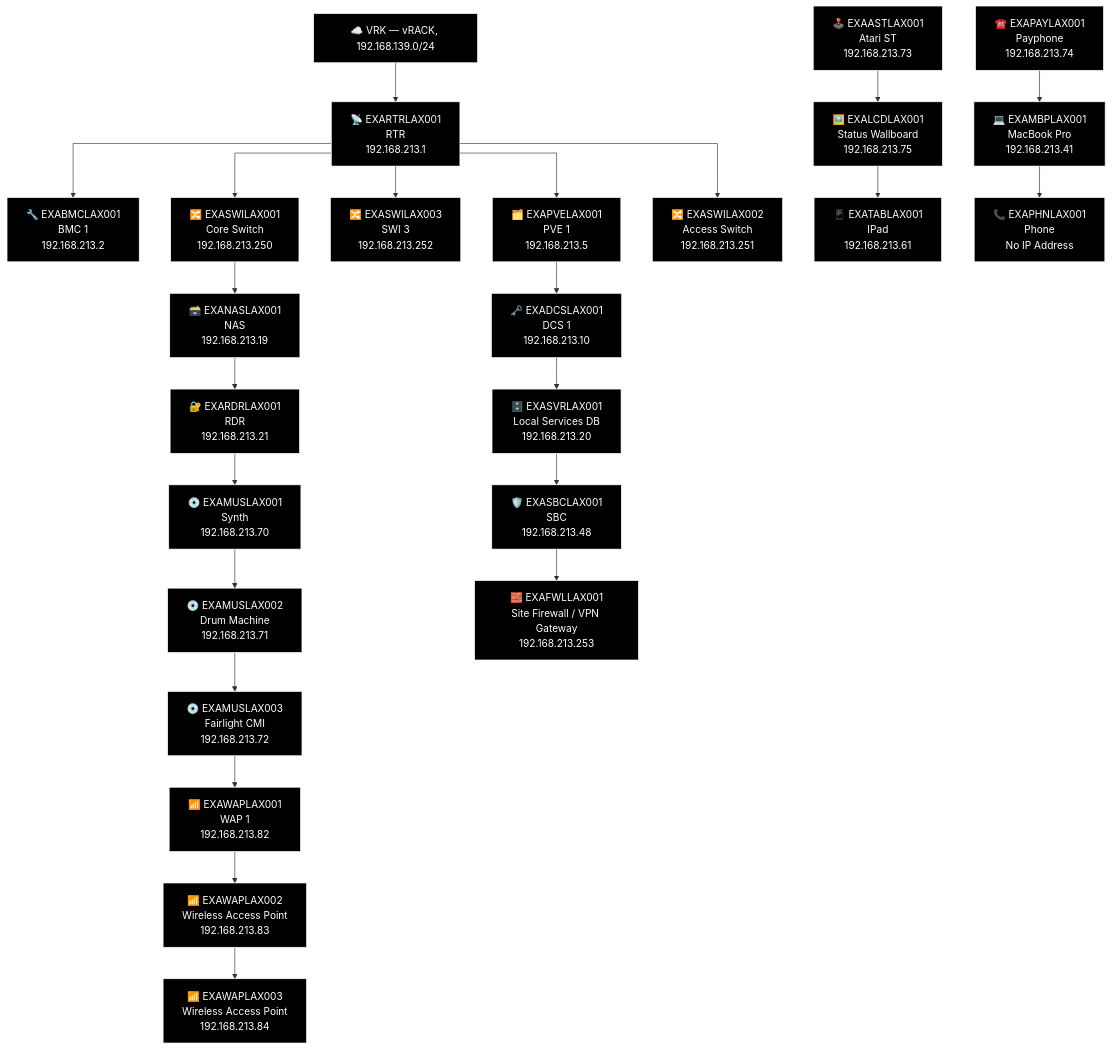
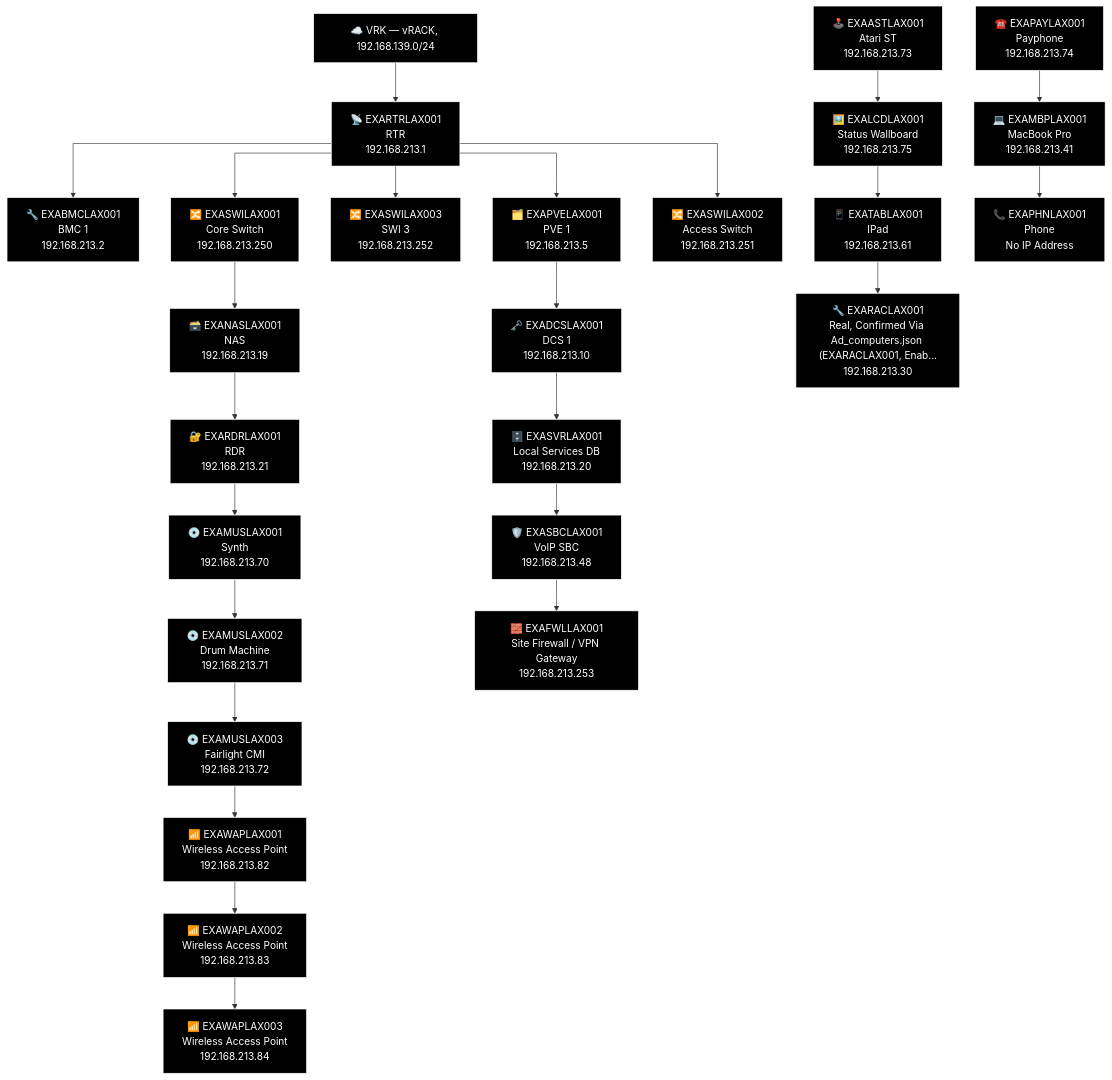
Before and after one commit to knightmare2600/example_music_infra: the third of 21 diagrams in docs/network-diagram/united-states.md, drawn with Mermaid. The commit also changed 36 other files, not shown here.

First line of the commit message:
devices.csv: add real WAP/SBC/RAC/NAS/ILO/FWL rows for the missing-row backlog

````diff
--- a/docs/network-diagram/united-states.md
+++ b/docs/network-diagram/united-states.md
@@ -128,66 +128,68 @@
 ```mermaid
 %% GENERATED:TOPOLOGY:LAX:START
 %%{init: {'flowchart': {'curve': 'stepAfter'}}}%%
 graph TD
     T_VRK["☁️ VRK — vRACK, 192.168.139.0/24"]
     T_RTR["📡 EXARTRLAX001<br/>RTR<br/>192.168.213.1"]
     T_VRK --> T_RTR
     T_BMC["🔧 EXABMCLAX001<br/>BMC 1<br/>192.168.213.2"]
     T_RTR --> T_BMC
     T_PVE["🗂️ EXAPVELAX001<br/>PVE 1<br/>192.168.213.5"]
     T_RTR --> T_PVE
     T_SWI["🔀 EXASWILAX003<br/>SWI 3<br/>192.168.213.252"]
     T_RTR --> T_SWI
     T_SWI2["🔀 EXASWILAX001<br/>Core Switch<br/>192.168.213.250"]
     T_RTR --> T_SWI2
     T_SWI3["🔀 EXASWILAX002<br/>Access Switch<br/>192.168.213.251"]
     T_RTR --> T_SWI3
     T_NAS["🗃️ EXANASLAX001<br/>NAS<br/>192.168.213.19"]
     T_RDR["🔐 EXARDRLAX001<br/>RDR<br/>192.168.213.21"]
     T_MUS["💿 EXAMUSLAX001<br/>Synth<br/>192.168.213.70"]
     T_MUS2["💿 EXAMUSLAX002<br/>Drum Machine<br/>192.168.213.71"]
     T_MUS3["💿 EXAMUSLAX003<br/>Fairlight CMI<br/>192.168.213.72"]
-    T_WAP["📶 EXAWAPLAX001<br/>WAP 1<br/>192.168.213.82"]
+    T_WAP["📶 EXAWAPLAX001<br/>Wireless Access Point<br/>192.168.213.82"]
     T_WAP2["📶 EXAWAPLAX002<br/>Wireless Access Point<br/>192.168.213.83"]
     T_WAP3["📶 EXAWAPLAX003<br/>Wireless Access Point<br/>192.168.213.84"]
     T_SWI2 --> T_NAS --> T_RDR --> T_MUS --> T_MUS2 --> T_MUS3 --> T_WAP --> T_WAP2 --> T_WAP3
     T_DCS["🗝️ EXADCSLAX001<br/>DCS 1<br/>192.168.213.10"]
     T_SVR["🗄️ EXASVRLAX001<br/>Local Services DB<br/>192.168.213.20"]
-    T_SBC["🛡️ EXASBCLAX001<br/>SBC<br/>192.168.213.48"]
+    T_SBC["🛡️ EXASBCLAX001<br/>VoIP SBC<br/>192.168.213.48"]
     T_FWL["🧱 EXAFWLLAX001<br/>Site Firewall / VPN Gateway<br/>192.168.213.253"]
     T_PVE --> T_DCS --> T_SVR --> T_SBC --> T_FWL
     T_AST["🕹️ EXAASTLAX001<br/>Atari ST<br/>192.168.213.73"]
     T_PAY["☎️ EXAPAYLAX001<br/>Payphone<br/>192.168.213.74"]
     T_LCD["🖼️ EXALCDLAX001<br/>Status Wallboard<br/>192.168.213.75"]
     T_MBP["💻 EXAMBPLAX001<br/>MacBook Pro<br/>192.168.213.41"]
     T_TAB["📱 EXATABLAX001<br/>IPad<br/>192.168.213.61"]
     T_PHN["📞 EXAPHNLAX001<br/>Phone<br/>No IP Address"]
-    T_AST --> T_LCD --> T_TAB
+    T_RAC["🔧 EXARACLAX001<br/>Real, Confirmed Via Ad_computers.json (EXARACLAX001, Enab...<br/>192.168.213.30"]
+    T_AST --> T_LCD --> T_TAB --> T_RAC
     T_PAY --> T_MBP --> T_PHN
     style T_VRK fill:#000000,stroke:#FFFFFF,color:#FFFFFF
     style T_RTR fill:#000000,stroke:#FFFFFF,color:#FFFFFF
     style T_BMC fill:#000000,stroke:#FFFFFF,color:#FFFFFF
     style T_PVE fill:#000000,stroke:#FFFFFF,color:#FFFFFF
     style T_SWI fill:#000000,stroke:#FFFFFF,color:#FFFFFF
     style T_SWI2 fill:#000000,stroke:#FFFFFF,color:#FFFFFF
     style T_SWI3 fill:#000000,stroke:#FFFFFF,color:#FFFFFF
     style T_NAS fill:#000000,stroke:#FFFFFF,color:#FFFFFF
     style T_RDR fill:#000000,stroke:#FFFFFF,color:#FFFFFF
     style T_MUS fill:#000000,stroke:#FFFFFF,color:#FFFFFF
     style T_MUS2 fill:#000000,stroke:#FFFFFF,color:#FFFFFF
     style T_MUS3 fill:#000000,stroke:#FFFFFF,color:#FFFFFF
     style T_WAP fill:#000000,stroke:#FFFFFF,color:#FFFFFF
     style T_WAP2 fill:#000000,stroke:#FFFFFF,color:#FFFFFF
     style T_WAP3 fill:#000000,stroke:#FFFFFF,color:#FFFFFF
     style T_DCS fill:#000000,stroke:#FFFFFF,color:#FFFFFF
     style T_SVR fill:#000000,stroke:#FFFFFF,color:#FFFFFF
     style T_SBC fill:#000000,stroke:#FFFFFF,color:#FFFFFF
     style T_FWL fill:#000000,stroke:#FFFFFF,color:#FFFFFF
     style T_AST fill:#000000,stroke:#FFFFFF,color:#FFFFFF
     style T_PAY fill:#000000,stroke:#FFFFFF,color:#FFFFFF
     style T_LCD fill:#000000,stroke:#FFFFFF,color:#FFFFFF
     style T_MBP fill:#000000,stroke:#FFFFFF,color:#FFFFFF
     style T_TAB fill:#000000,stroke:#FFFFFF,color:#FFFFFF
     style T_PHN fill:#000000,stroke:#FFFFFF,color:#FFFFFF
+    style T_RAC fill:#000000,stroke:#FFFFFF,color:#FFFFFF
 %% GENERATED:TOPOLOGY:LAX:END
 ```
````
